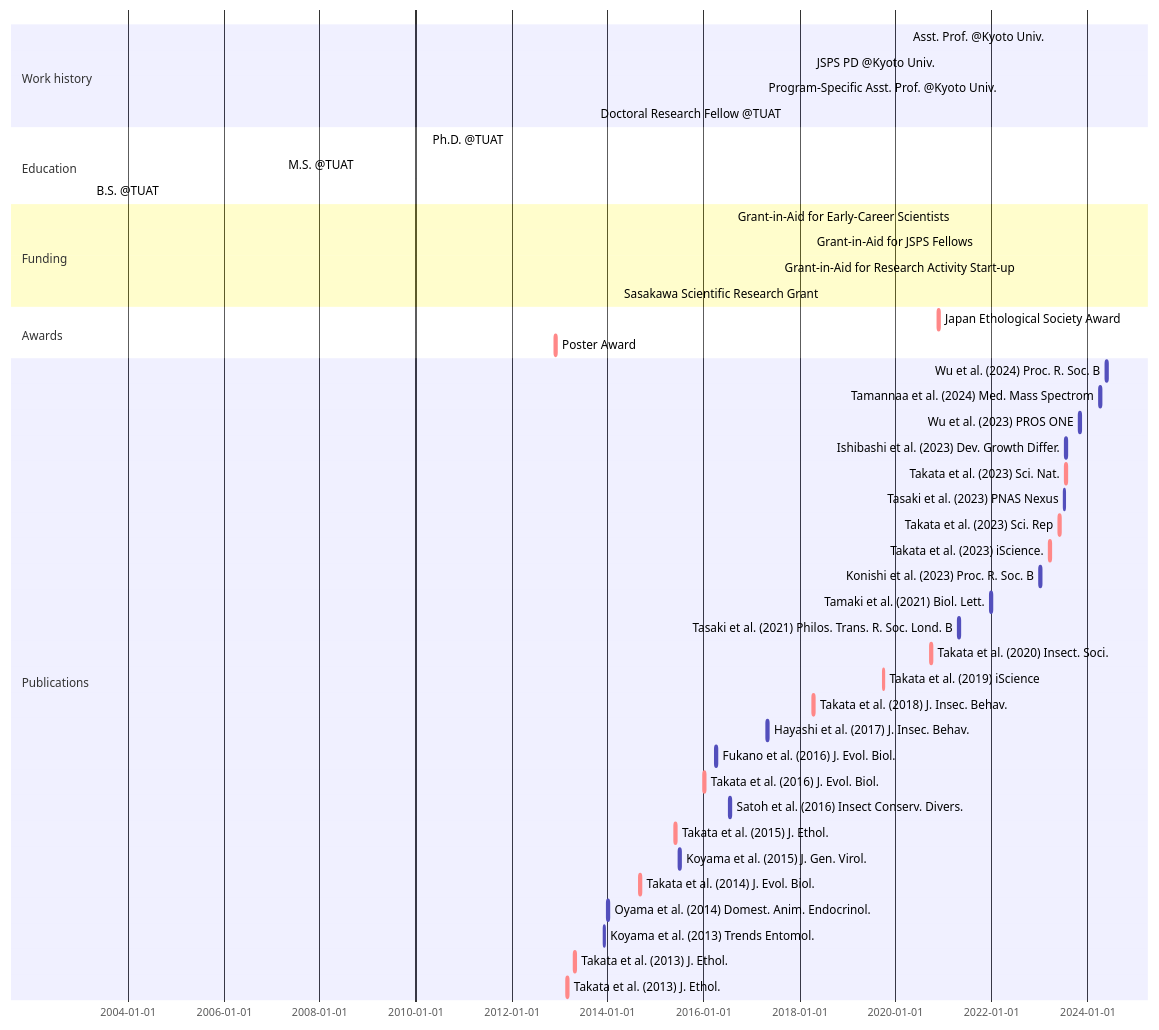
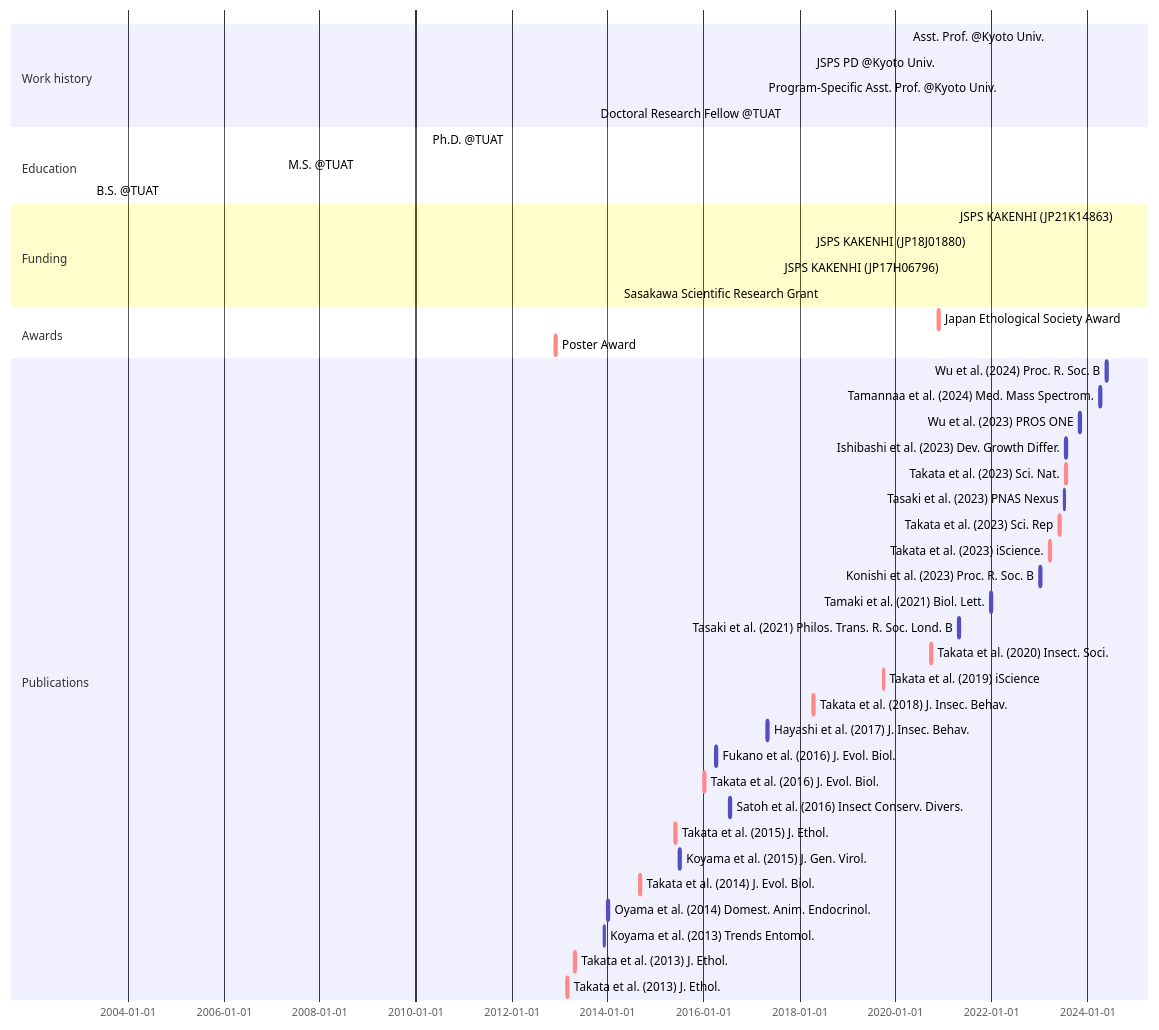
The diagram in _includes/mermaid-cv.md (MamoruTakata/MamoruTakata.github.io), drawn with Mermaid before and after one commit.

````diff
--- a/_includes/mermaid-cv.md
+++ b/_includes/mermaid-cv.md
@@ -1,50 +1,50 @@
 ```mermaid
 gantt
 section Work history
   Asst. Prof. @Kyoto Univ.                      : active, Asst. Prof., 2020-04-01, 2026-03-31
   JSPS PD @Kyoto Univ.                          : active, PD, 2018-04-01, 2020-03-31
   Program-Specific Asst. Prof. @Kyoto Univ.     : active, Program-Specific Asst. Prof., 2017-04-01, 2018-03-31
   Doctoral Research Fellow @TUAT                : active, Program-Specific Asst. Prof., 2013-10-01, 2017-03-31
 
 section Education
   Ph.D. @TUAT    : Ph.D., 2010-04-01, 2013-09-18
-  M.S. @TUAT     : MS, 2007-04-01, 2010-03-31
-  B.S. @TUAT     : BS, 2003-04-01, 2007-03-31
+  M.S. @TUAT     : M.S., 2007-04-01, 2010-03-31
+  B.S. @TUAT     : B.S., 2003-04-01, 2007-03-31
 
 section Funding
-  Grant-in-Aid for Early-Career Scientists  : active, grant_young, 2021-04-01, 2026-03-31
-  Grant-in-Aid for JSPS Fellows                 : active, grant_PD, 2018-04-01, 2021-03-31
-  Grant-in-Aid for Research Activity Start-up   : active, grant_start, 2017-08-01, 2018-03-31
+  JSPS KAKENHI (JP21K14863)                     : active, grant_young, 2021-04-01, 2026-03-31
+  JSPS KAKENHI (JP18J01880)                     : active, grant_PD, 2018-04-01, 2021-03-31
+  JSPS KAKENHI (JP17H06796)                     : active, grant_start, 2017-08-01, 2018-03-31
   Sasakawa Scientific Research Grant            : active, grant_Sasagawa, 2014-04-01, 2015-03-31
 
 section Awards
   Japan Ethological Society Award               : crit, aw_2, 2020-11-21, 2w
   Poster Award                                  : crit, aw_1, 2012-11-24, 2w
 
 section Publications
   Wu et al. (2024) Proc. R. Soc. B              :       Wu et al. 2024, 2024-05-22, 2w
-  Tamannaa et al. (2024) Med. Mass Spectrom     :       Tamannaa et al. 2024, 2024-04-01, 2w
+  Tamannaa et al. (2024) Med. Mass Spectrom.    :       Tamannaa et al. 2024, 2024-04-01, 2w
   Wu et al. (2023) PROS ONE                     :       Wu et al. 2023, 2023-11-02, 2w
   Ishibashi et al. (2023) Dev. Growth Differ.   :       Ishibashi et al. 2023, 2023-07-18, 2w
   Takata et al. (2023) Sci. Nat.                : crit, Takata et al. 2023c, 2023-07-17, 2w
   Tasaki et al. (2023) PNAS Nexus               :       Tasaki et al. 2023, 2023-07-04, 2w
   Takata et al. (2023) Sci. Rep                 : crit, Takata et al. 2023b, 2023-05-31, 2w
   Takata et al. (2023) iScience.                : crit, Takata et al. 2023a, 2023-03-17, 2w
-  Konishi et al. (2023) Proc. R. Soc. B       :       Konishi et al. 2023, 2023-01-04, 2w
+  Konishi et al. (2023) Proc. R. Soc. B         :       Konishi et al. 2023, 2023-01-04, 2w
   Tamaki et al. (2021) Biol. Lett.              :       Tamaki et al. 2021, 2021-12-22, 2w
   Tasaki et al. (2021) Philos. Trans. R. Soc. Lond. B : Tasaki et al. 2021, 2021-04-26, 2w
   Takata et al. (2020) Insect. Soci.            : crit, Takata et al. 2020, 2020-09-22, 2w
   Takata et al. (2019) iScience                 : crit, Takata et al. 2019, 2019-09-27, 2w
   Takata et al. (2018) J. Insec. Behav.         : crit, Takata et al. 2018, 2018-04-14, 2w
   Hayashi et al. (2017) J. Insec. Behav.        :       Hayashi et al. 2017, 2017-04-29, 2w
   Fukano et al. (2016) J. Evol. Biol.           :       Fukano et al. 2016, 2016-04-01, 2w
   Takata et al. (2016) J. Evol. Biol.           : crit, Takata et al. 2016, 2016-01-01, 2w
   Satoh et al. (2016) Insect Conserv. Divers.   :       Satoh et al. 2016, 2016-07-16, 2w
   Takata et al. (2015) J. Ethol.                : crit, Takata et al. 2015, 2015-05-28, 2w
   Koyama et al. (2015) J. Gen. Virol.           :       Koyama et al. 2015, 2015-07-01, 2w
   Takata et al. (2014) J. Evol. Biol.           : crit, Takata et al. 2014, 2014-09-01, 2w
   Oyama et al. (2014) Domest. Anim. Endocrinol. :       Oyama et al. 2014, 2014-01-01, 2w
   Koyama et al. (2013) Trends Entomol.          :       Koyama et al. 2013, 2013-12-01, 2w
   Takata et al. (2013) J. Ethol.                : crit, Takata et al. 2015b, 2013-04-21, 2w
   Takata et al. (2013) J. Ethol.                : crit, Takata et al. 2015a, 2013-02-23, 2w
 ```
````
